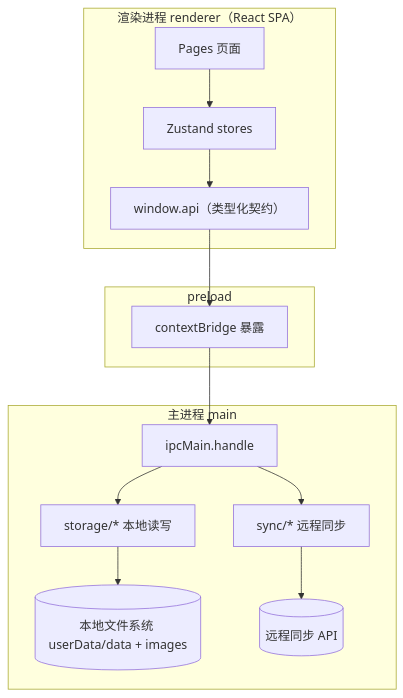
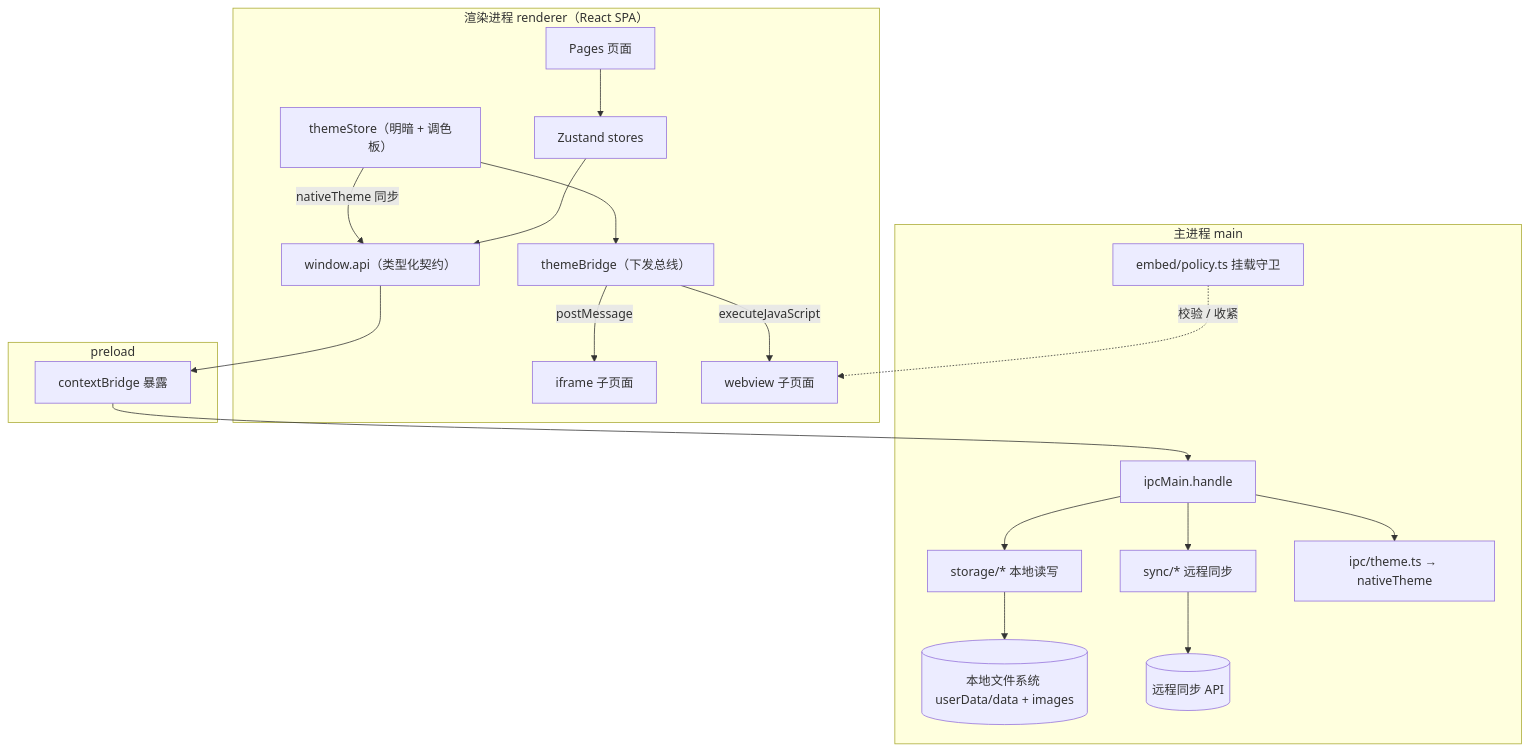
Before and after one commit to ChaoGoing/electron-learn-everying: the diagram in DESIGN.md, drawn with Mermaid. The commit also changed other lines of this file and 24 other files, not shown here.

````diff
--- a/DESIGN.md
+++ b/DESIGN.md
@@ -21,17 +23,23 @@
 ```mermaid
 graph TD
   subgraph Renderer["渲染进程 renderer（React SPA）"]
     P[Pages 页面] --> S[Zustand stores]
     S --> API["window.api（类型化契约）"]
+    TS["themeStore（明暗 + 调色板）"] --> TB["themeBridge（下发总线）"]
+    TB -->|"postMessage"| IF["iframe 子页面"]
+    TB -->|"executeJavaScript"| WV["webview 子页面"]
+    TS -->|"nativeTheme 同步"| API
   end
   subgraph Preload["preload"]
     API --> CB["contextBridge 暴露"]
   end
   subgraph Main["主进程 main"]
     CB --> IPC["ipcMain.handle"]
     IPC --> ST["storage/* 本地读写"]
     IPC --> SY["sync/* 远程同步"]
+    IPC --> NT["ipc/theme.ts → nativeTheme"]
+    EG["embed/policy.ts 挂载守卫"] -.->|"校验 / 收紧"| WV
     ST --> FS[("本地文件系统 userData/data + images")]
     SY --> HTTP[("远程同步 API")]
   end
 ```
````
